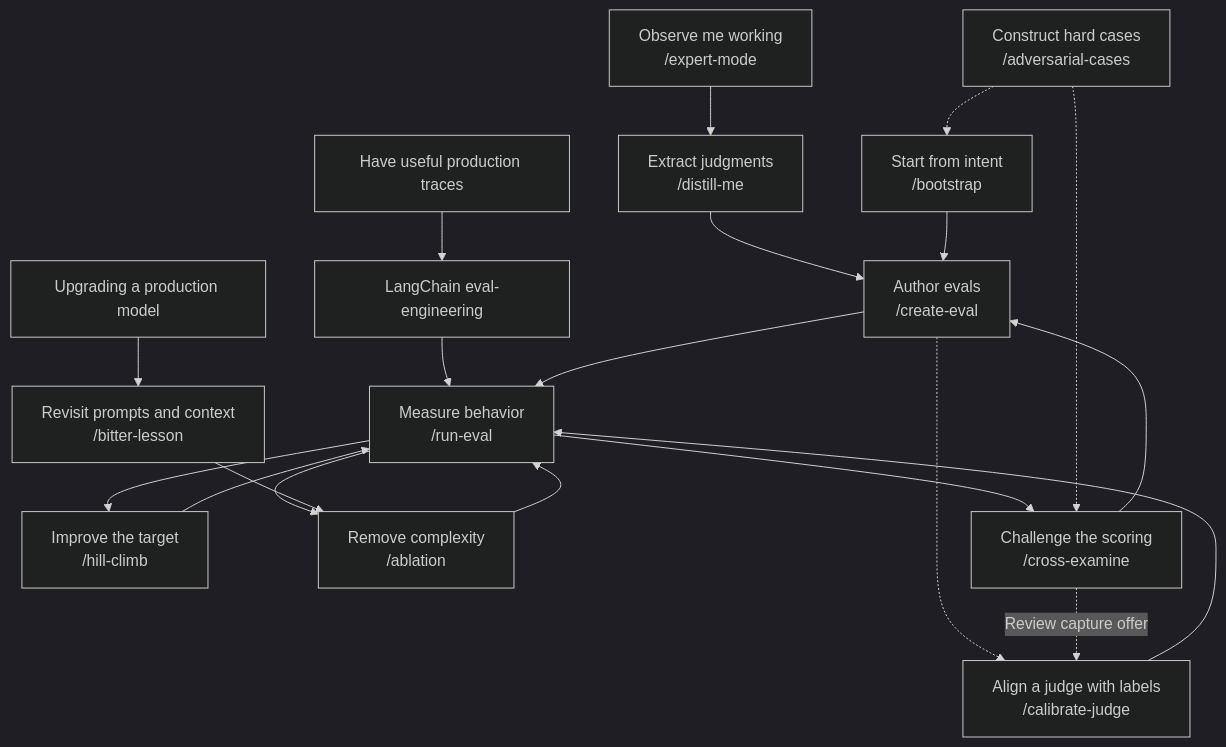
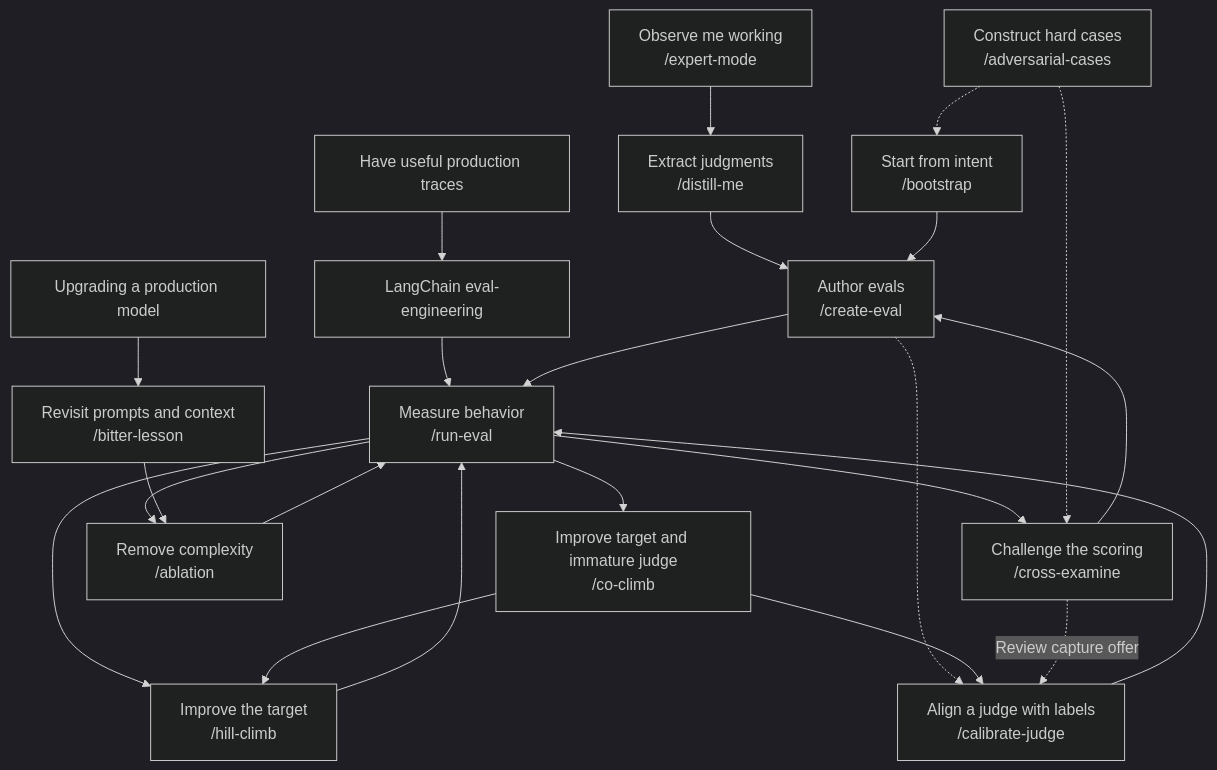
Before and after one commit to theclaymethod/cstack: the diagram in README.md, drawn with Mermaid (dark theme). The commit also changed other lines of this file and 8 other files, not shown here.

Commit message:
Add Co-Climb skill for alternating target and judge improvements

````diff
--- a/README.md
+++ b/README.md
@@ -9,22 +9,25 @@
 ```mermaid
 flowchart TD
     O["Observe me working<br/>/expert-mode"] --> D["Extract judgments<br/>/distill-me"]
     D --> C["Author evals<br/>/create-eval"]
     B["Start from intent<br/>/bootstrap"] --> C
     P["Have useful production traces"] --> E["LangChain eval-engineering"]
     E --> R["Measure behavior<br/>/run-eval"]
     C --> R
     C -.-> J["Align a judge with labels<br/>/calibrate-judge"]
     J --> R
     R --> H["Improve the target<br/>/hill-climb"]
     H --> R
+    R --> CC["Improve target and immature judge<br/>/co-climb"]
+    CC --> H
+    CC --> J
     R --> L["Remove complexity<br/>/ablation"]
     L --> R
     M["Upgrading a production model"] --> BL["Revisit prompts and context<br/>/bitter-lesson"]
     BL --> L
     R --> X["Challenge the scoring<br/>/cross-examine"]
     X --> C
     X -. "Review capture offer" .-> J
     A["Construct hard cases<br/>/adversarial-cases"] -.-> B
     A -.-> X
 ```
````
